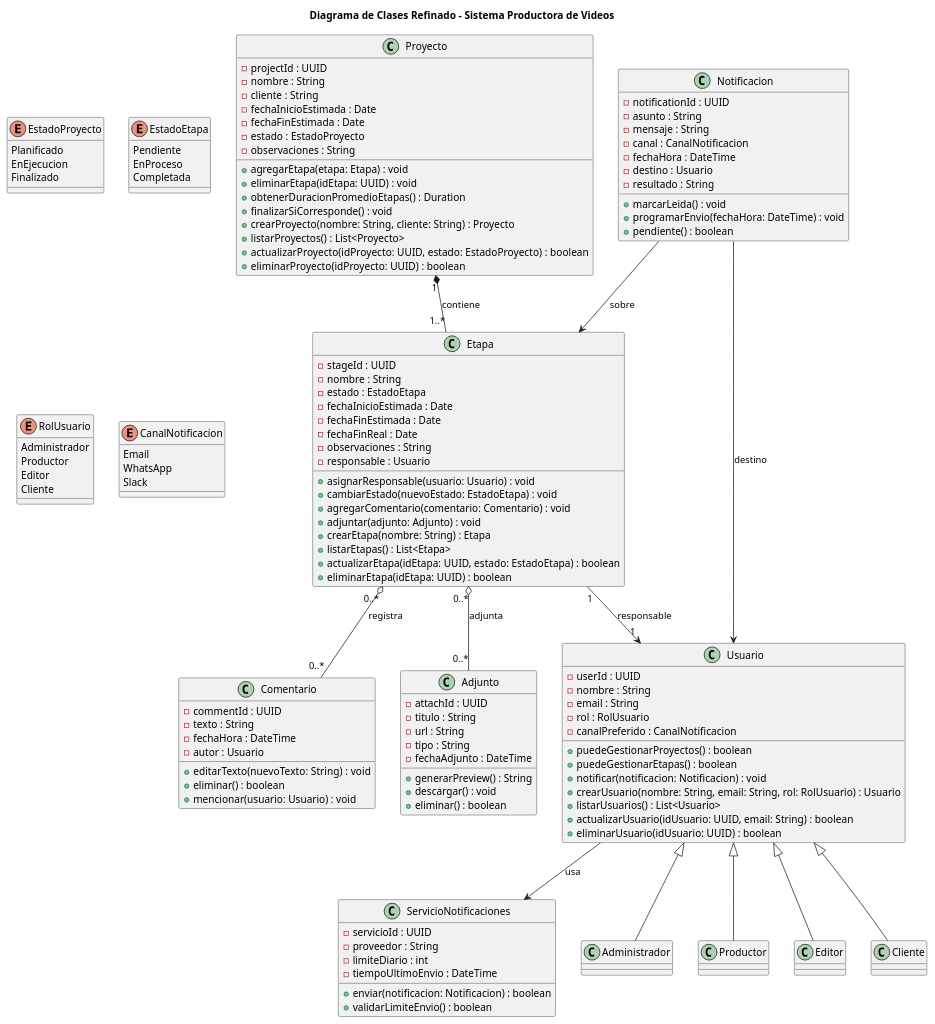
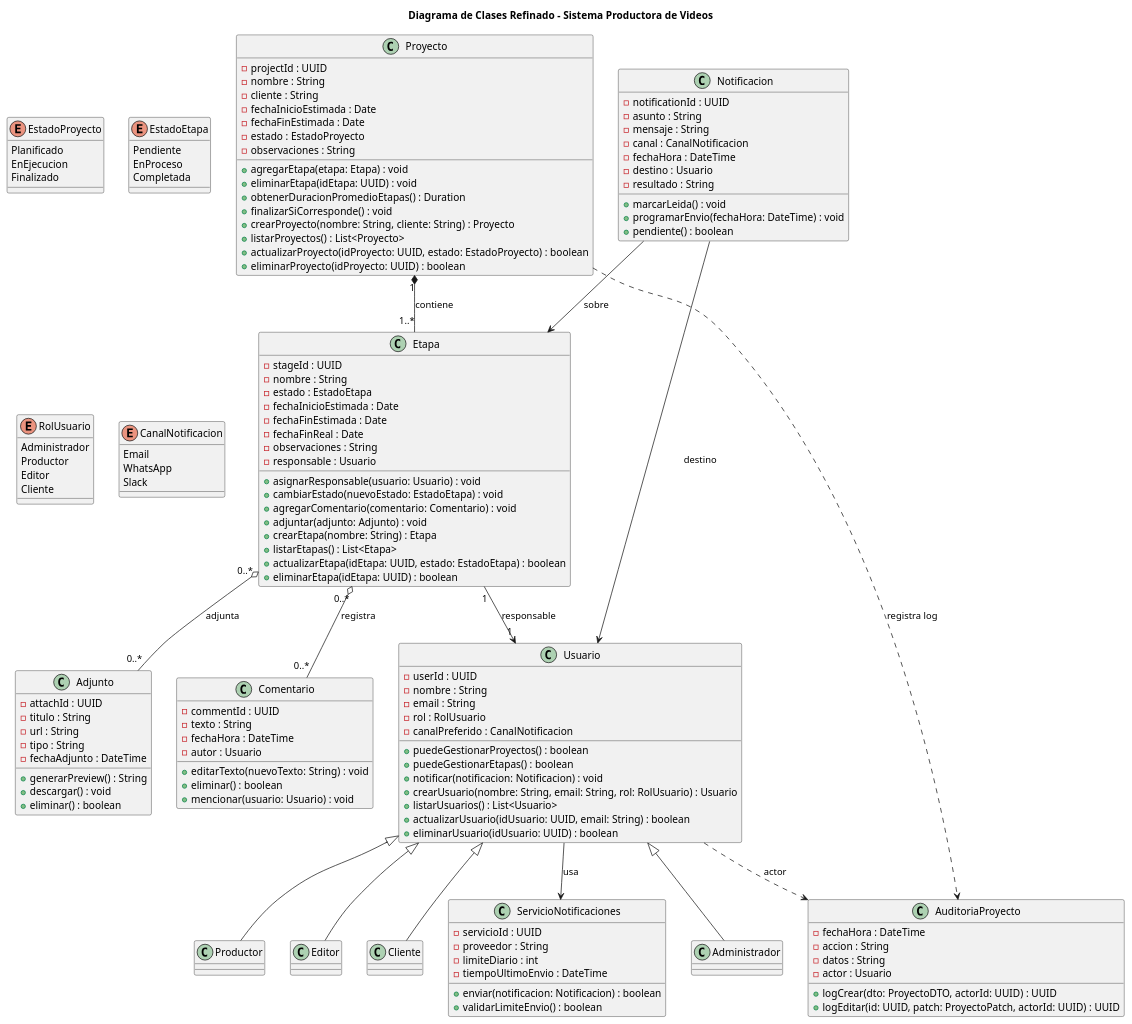
The diagram in diagramas/01-diagrama-clases/01-diagrama-clases-final.puml (dantebiondi666-prog/SistemaProductoraVideos), drawn with PlantUML before and after one commit. The commit also changed 2 other files, not shown here.

```diff
--- a/diagramas/01-diagrama-clases/01-diagrama-clases-final.puml
+++ b/diagramas/01-diagrama-clases/01-diagrama-clases-final.puml
@@ -1,148 +1,160 @@
 @startuml Diagrama_Clases_Final
 title Diagrama de Clases Refinado - Sistema Productora de Videos
 
 ' =======================================================
 ' CLASES PRINCIPALES
 ' =======================================================
 
 class Proyecto {
   - projectId : UUID
   - nombre : String
   - cliente : String
   - fechaInicioEstimada : Date
   - fechaFinEstimada : Date
   - estado : EstadoProyecto
   - observaciones : String
   + agregarEtapa(etapa: Etapa) : void
   + eliminarEtapa(idEtapa: UUID) : void
   + obtenerDuracionPromedioEtapas() : Duration
   + finalizarSiCorresponde() : void
   + crearProyecto(nombre: String, cliente: String) : Proyecto
   + listarProyectos() : List<Proyecto>
   + actualizarProyecto(idProyecto: UUID, estado: EstadoProyecto) : boolean
   + eliminarProyecto(idProyecto: UUID) : boolean
 }
 
 class Etapa {
   - stageId : UUID
   - nombre : String
   - estado : EstadoEtapa
   - fechaInicioEstimada : Date
   - fechaFinEstimada : Date
   - fechaFinReal : Date
   - observaciones : String
   - responsable : Usuario
   + asignarResponsable(usuario: Usuario) : void
   + cambiarEstado(nuevoEstado: EstadoEtapa) : void
   + agregarComentario(comentario: Comentario) : void
   + adjuntar(adjunto: Adjunto) : void
   + crearEtapa(nombre: String) : Etapa
   + listarEtapas() : List<Etapa>
   + actualizarEtapa(idEtapa: UUID, estado: EstadoEtapa) : boolean
   + eliminarEtapa(idEtapa: UUID) : boolean
 }
 
 class Usuario {
   - userId : UUID
   - nombre : String
   - email : String
   - rol : RolUsuario
   - canalPreferido : CanalNotificacion
   + puedeGestionarProyectos() : boolean
   + puedeGestionarEtapas() : boolean
   + notificar(notificacion: Notificacion) : void
   + crearUsuario(nombre: String, email: String, rol: RolUsuario) : Usuario
   + listarUsuarios() : List<Usuario>
   + actualizarUsuario(idUsuario: UUID, email: String) : boolean
   + eliminarUsuario(idUsuario: UUID) : boolean
 }
 
 class Comentario {
   - commentId : UUID
   - texto : String
   - fechaHora : DateTime
   - autor : Usuario
   + editarTexto(nuevoTexto: String) : void
   + eliminar() : boolean
   + mencionar(usuario: Usuario) : void
 }
 
 class Adjunto {
   - attachId : UUID
   - titulo : String
   - url : String
   - tipo : String
   - fechaAdjunto : DateTime
   + generarPreview() : String
   + descargar() : void
   + eliminar() : boolean
 }
 
 class Notificacion {
   - notificationId : UUID
   - asunto : String
   - mensaje : String
   - canal : CanalNotificacion
   - fechaHora : DateTime
   - destino : Usuario
   - resultado : String
   + marcarLeida() : void
   + programarEnvio(fechaHora: DateTime) : void
   + pendiente() : boolean
 }
 
 class ServicioNotificaciones {
   - servicioId : UUID
   - proveedor : String
   - limiteDiario : int
   - tiempoUltimoEnvio : DateTime
   + enviar(notificacion: Notificacion) : boolean
   + validarLimiteEnvio() : boolean
 }
 
+
+class AuditoriaProyecto {
+  - fechaHora : DateTime
+  - accion : String
+  - datos : String
+  - actor : Usuario
+  + logCrear(dto: ProyectoDTO, actorId: UUID) : UUID
+  + logEditar(id: UUID, patch: ProyectoPatch, actorId: UUID) : UUID
+}
+
 ' =======================================================
 ' ENUMERACIONES / TIPOS AUXILIARES
 ' =======================================================
 enum EstadoProyecto {
   Planificado
   EnEjecucion
   Finalizado
 }
 
 enum EstadoEtapa {
   Pendiente
   EnProceso
   Completada
 }
 
 enum RolUsuario {
   Administrador
   Productor
   Editor
   Cliente
 }
 
 enum CanalNotificacion {
   Email
   WhatsApp
   Slack
 }
 
 ' =======================================================
 ' RELACIONES ENTRE CLASES
 ' =======================================================
 Proyecto "1" *-- "1..*" Etapa : contiene
+Proyecto ..> AuditoriaProyecto : «registra log»
+Usuario ..> AuditoriaProyecto : «actor»
 Etapa "0..*" o-- "0..*" Comentario : registra
 Etapa "0..*" o-- "0..*" Adjunto : adjunta
 Etapa "1" --> "1" Usuario : responsable
 Usuario --> ServicioNotificaciones : «usa»
 Notificacion --> Usuario : destino
 Notificacion --> Etapa : sobre
 
 ' Herencias
 Usuario <|-- Administrador
 Usuario <|-- Productor
 Usuario <|-- Editor
 Usuario <|-- Cliente
 
 @enduml
```
